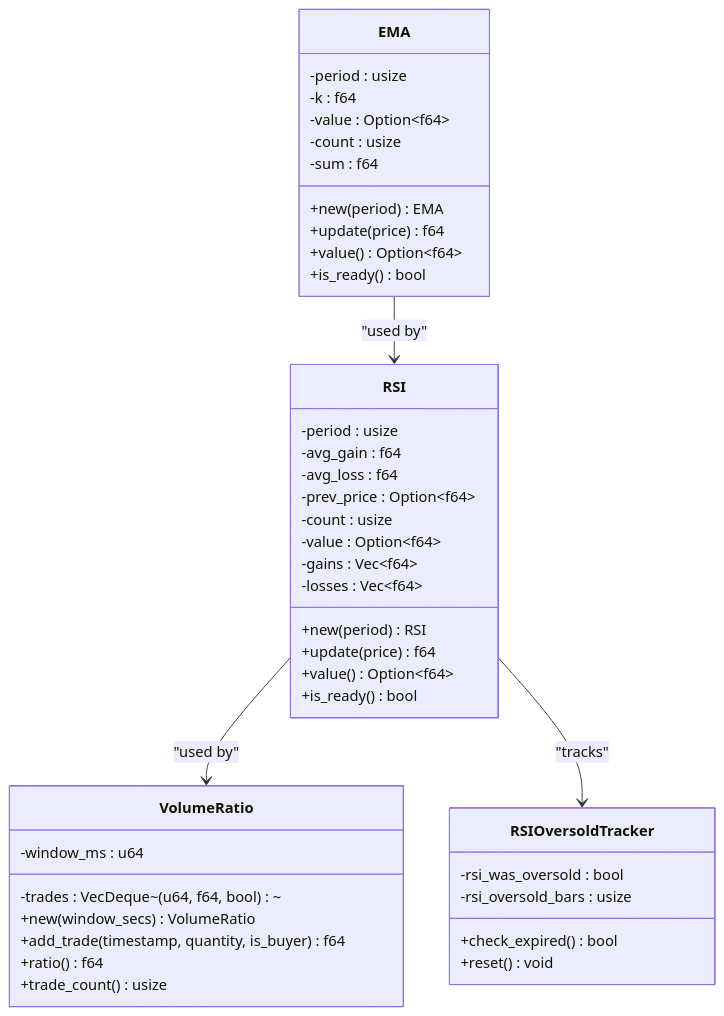
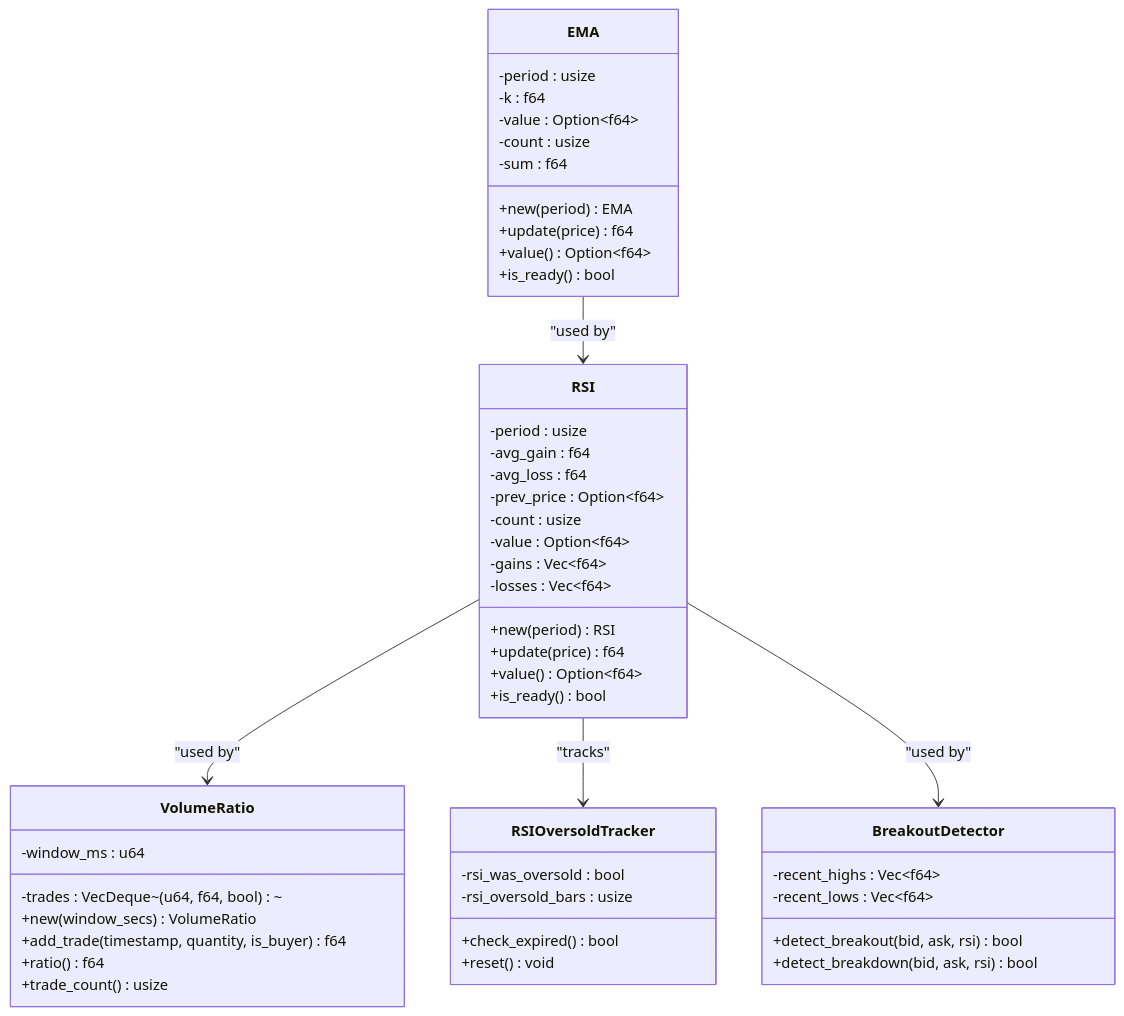
Before and after one commit to Heres1/binanceWebsocket: the sixth of 9 diagrams in .qoder/repowiki/zh/content/核心模块/动量策略引擎.md, drawn with Mermaid. The commit also changed other lines of this file and 7 other files, not shown here.

````diff
--- a/.qoder/repowiki/zh/content/核心模块/动量策略引擎.md
+++ b/.qoder/repowiki/zh/content/核心模块/动量策略引擎.md
@@ -278,45 +288,52 @@
 ```mermaid
 classDiagram
 class EMA {
 -period : usize
 -k : f64
 -value : Option~f64~
 -count : usize
 -sum : f64
 +new(period) EMA
 +update(price) f64
 +value() Option~f64~
 +is_ready() bool
 }
 class RSI {
 -period : usize
 -avg_gain : f64
 -avg_loss : f64
 -prev_price : Option~f64~
 -count : usize
 -value : Option~f64~
 -gains : Vec~f64~
 -losses : Vec~f64~
 +new(period) RSI
 +update(price) f64
 +value() Option~f64~
 +is_ready() bool
 }
 class VolumeRatio {
 -window_ms : u64
 -trades : VecDeque~(u64, f64, bool)~
 +new(window_secs) VolumeRatio
 +add_trade(timestamp, quantity, is_buyer) f64
 +ratio() f64
 +trade_count() usize
 }
 class RSIOversoldTracker {
 -rsi_was_oversold : bool
 -rsi_oversold_bars : usize
 +check_expired() bool
 +reset() void
 }
+class BreakoutDetector {
+-recent_highs : Vec~f64~
+-recent_lows : Vec~f64~
++detect_breakout(bid, ask, rsi) bool
++detect_breakdown(bid, ask, rsi) bool
+}
 EMA --> RSI : "used by"
 RSI --> VolumeRatio : "used by"
 RSI --> RSIOversoldTracker : "tracks"
+RSI --> BreakoutDetector : "used by"
 ```
````
